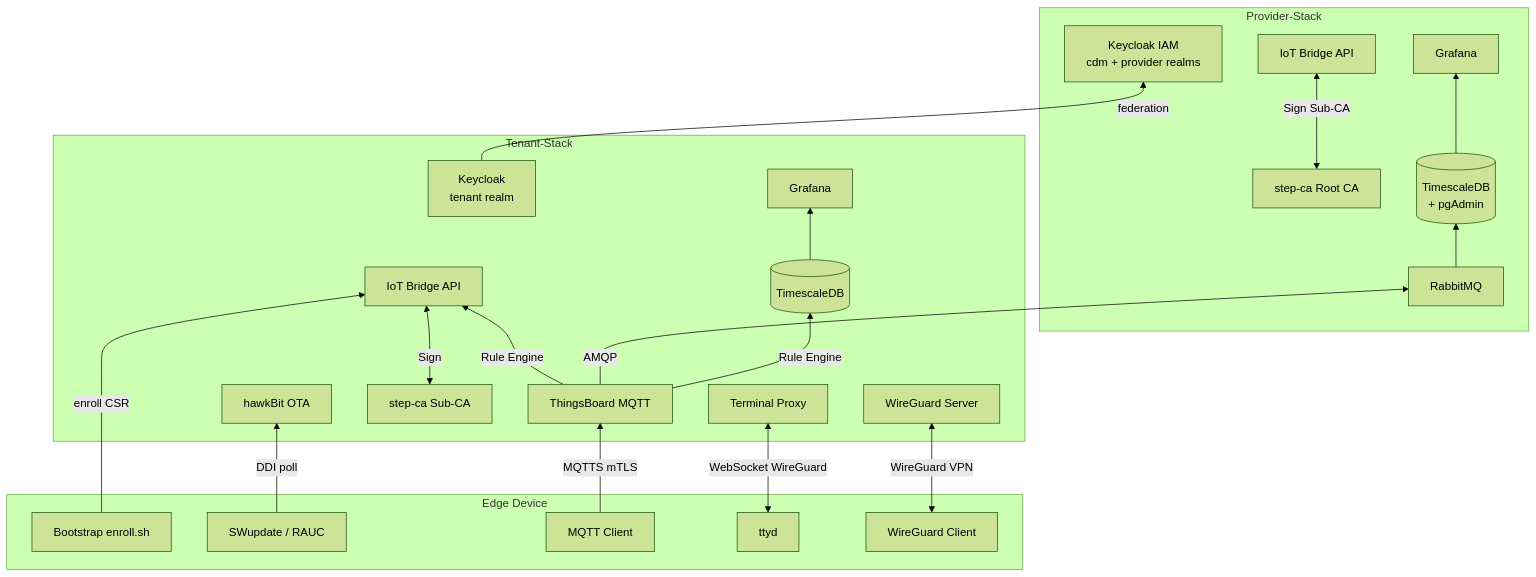
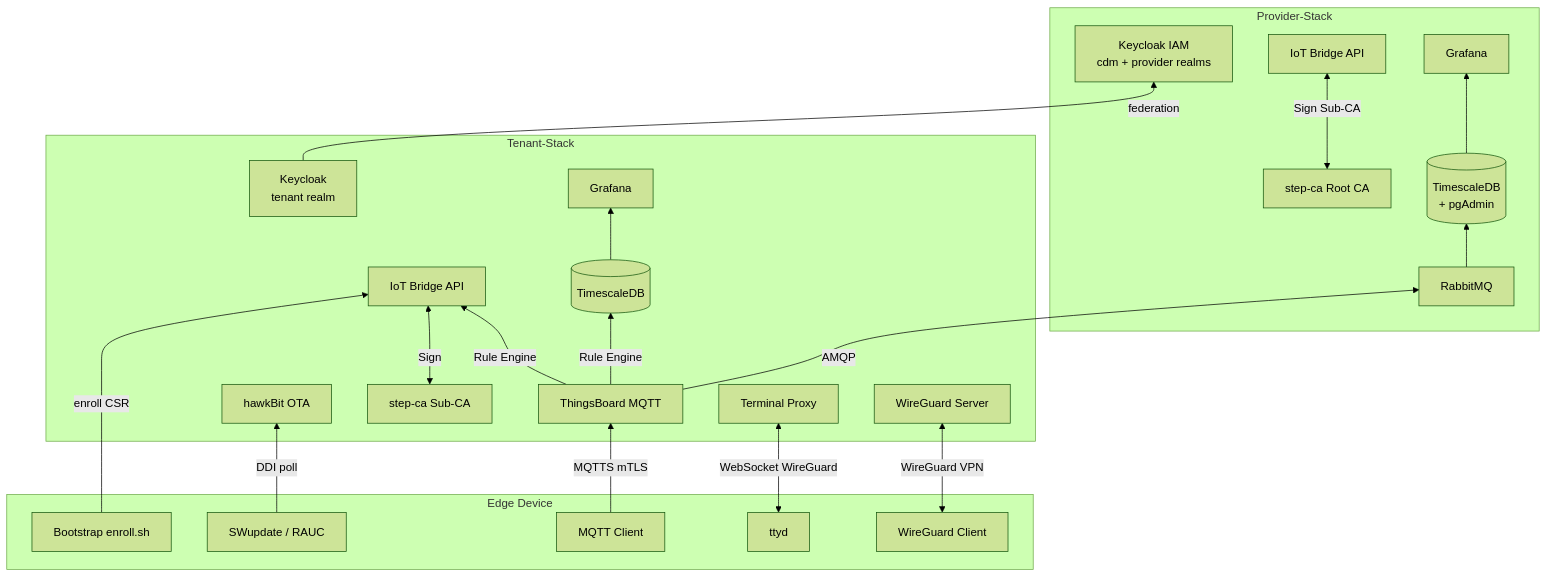
Before and after one commit to the78mole/complete-device-management: the second of 2 diagrams in README.md, drawn with Mermaid (forest theme). The commit also changed other lines of this file and 10 other files, not shown here.

````diff
--- a/README.md
+++ b/README.md
@@ -71,46 +71,46 @@
 ```mermaid
 flowchart BT
     subgraph provider[Provider-Stack]
         KC[Keycloak IAM<br>cdm + provider realms]
         SCA[step-ca Root CA]
         RMQ[RabbitMQ]
         TSDB_P[(TimescaleDB<br>+ pgAdmin)]
         GRF_P[Grafana]
         IBA_P[IoT Bridge API]
 
         SCA <-->|Sign Sub-CA| IBA_P
         RMQ --> TSDB_P --> GRF_P
     end
 
     subgraph tenant[Tenant-Stack]
         KC_T[Keycloak<br>tenant realm]
         TB[ThingsBoard MQTT]
         HB[hawkBit OTA]
         SCA_T[step-ca Sub-CA]
         WGS[WireGuard Server]
         TXP[Terminal Proxy]
         TSDB_T[(TimescaleDB)]
         GRF_T[Grafana]
 
         KC_T -->|federation| KC
         TB -->|Rule Engine| IBA_T[IoT Bridge API]
         SCA_T <-->|Sign| IBA_T
+        TB -->|Rule Engine| TSDB_T
         TB -->|AMQP| RMQ
-        TB -->|Rule Engine| TSDB_T
         TSDB_T --> GRF_T
     end
 
     subgraph edge[Edge Device]
         BST[Bootstrap enroll.sh]
         UPD[SWupdate / RAUC]
         MQC[MQTT Client]
         TTD[ttyd]
         WGC[WireGuard Client]
     end
 
     MQC -->|MQTTS mTLS| TB
     UPD -->|DDI poll| HB
     TTD <-->|WebSocket WireGuard| TXP
     WGC <-->|WireGuard VPN| WGS
     BST -->|enroll CSR| IBA_T
 ```
````
